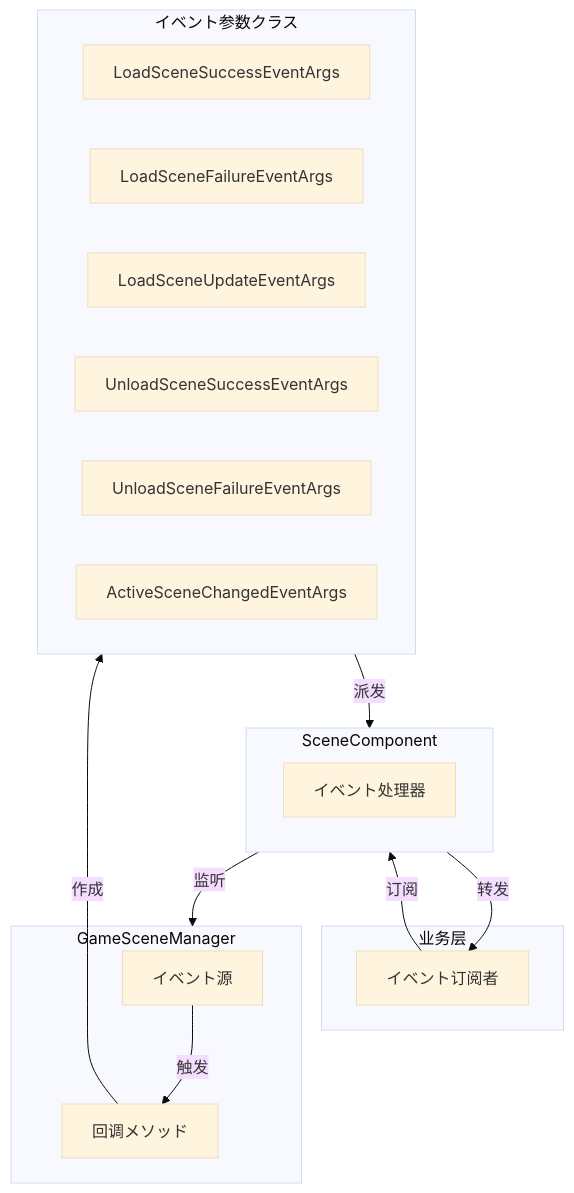
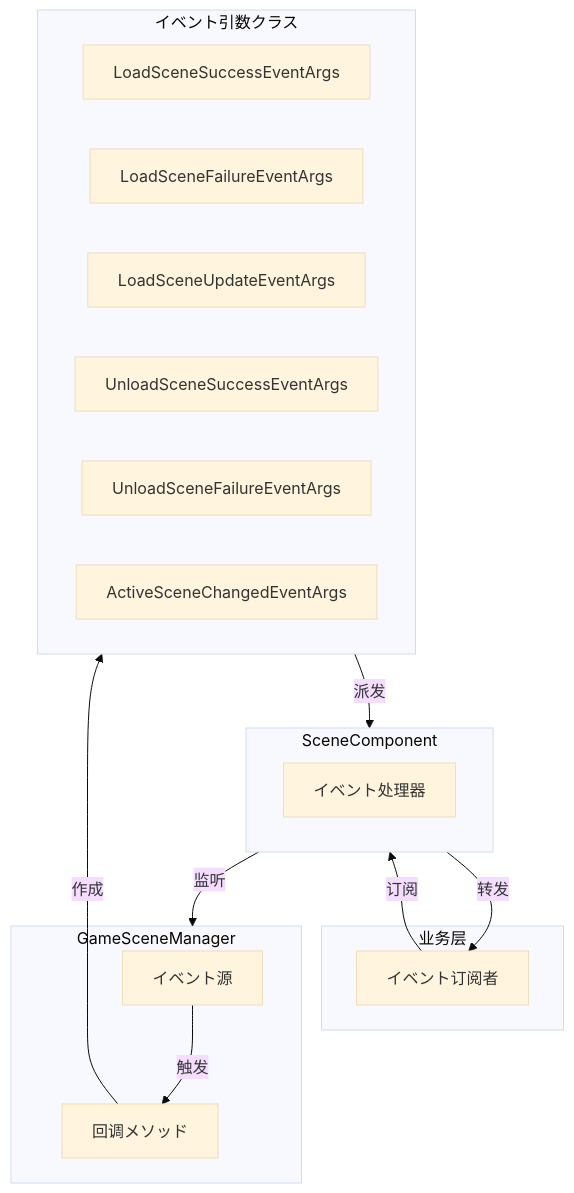
Before and after one commit to AlianBlank/GameFrameX.Docs: the first of 3 diagrams in docs/ja/client/unity/component/scene/05.events.md, drawn with Mermaid (base theme). The commit also changed other lines of this file and 320 other files, not shown here.

````diff
--- a/docs/ja/client/unity/component/scene/05.events.md
+++ b/docs/ja/client/unity/component/scene/05.events.md
@@ -29,31 +29,31 @@
 ```mermaid
 flowchart TD
     subgraph External["业务层"]
         Subscriber["イベント订阅者"]
     end
 
     subgraph SceneComponent["SceneComponent"]
         EventHandler["イベント处理器"]
     end
 
     subgraph GameSceneManager["GameSceneManager"]
         EventSource["イベント源"]
         Callback["回调メソッド"]
     end
 
-    subgraph EventArgs["イベント参数クラス"]
+    subgraph EventArgs["イベント引数クラス"]
         LoadSuccess["LoadSceneSuccessEventArgs"]
         LoadFailure["LoadSceneFailureEventArgs"]
         LoadUpdate["LoadSceneUpdateEventArgs"]
         UnloadSuccess["UnloadSceneSuccessEventArgs"]
         UnloadFailure["UnloadSceneFailureEventArgs"]
         ActiveChanged["ActiveSceneChangedEventArgs"]
     end
 
     Subscriber -->|订阅| SceneComponent
     SceneComponent -->|监听| GameSceneManager
     EventSource -->|触发| Callback
     Callback -->|作成| EventArgs
     EventArgs -->|派发| SceneComponent
     SceneComponent -->|转发| Subscriber
 ```
````
